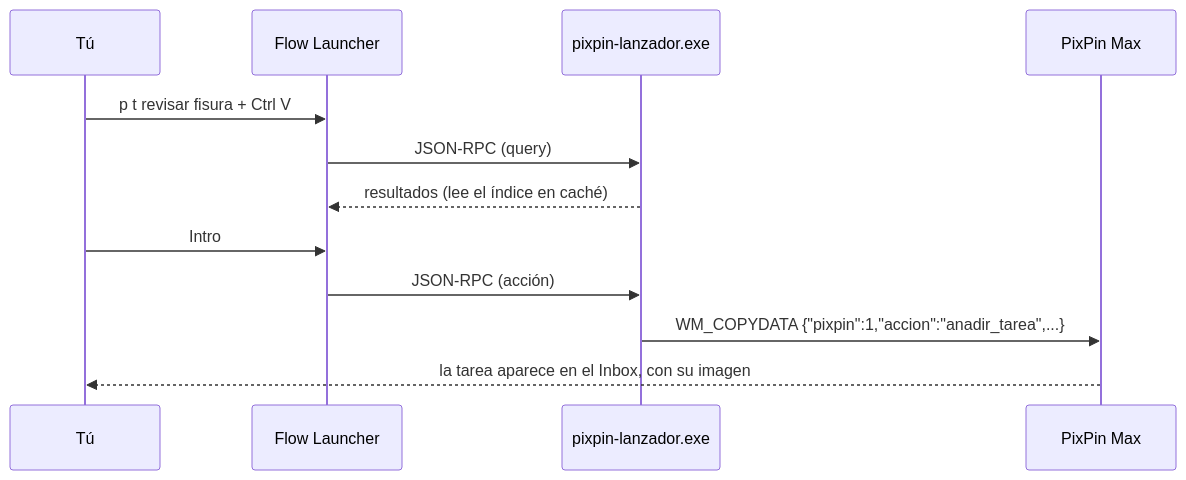
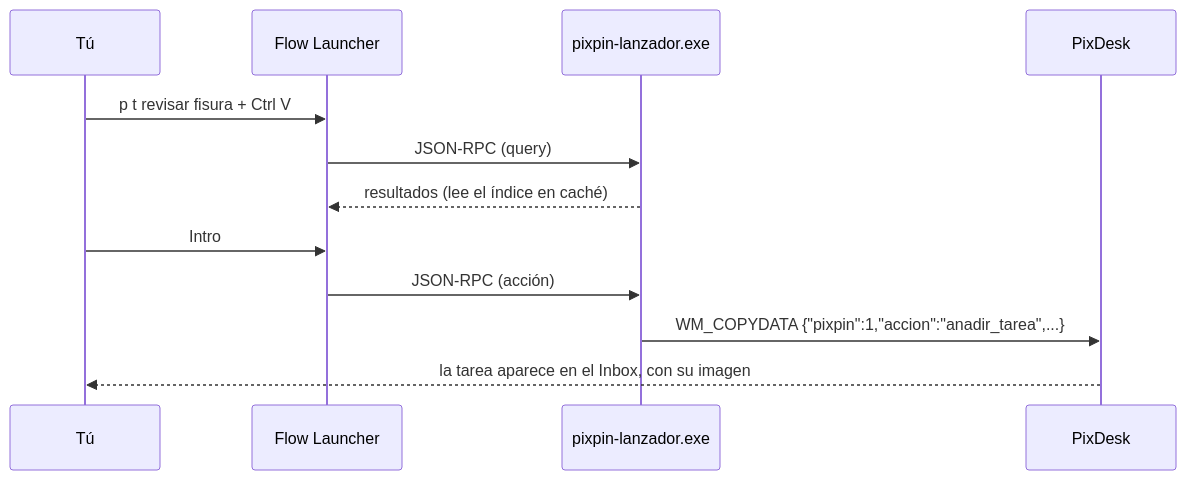
Before and after one commit to 1xmanMAX/PIXPIN_PRO_WINDOWS: the second of 4 diagrams in README.md, drawn with Mermaid. The commit also changed other lines of this file and 11 other files, not shown here.

First line of the commit message:
README y guias: PixDesk, pixdesk.exe y Programs\PixDesk

````diff
--- a/README.md
+++ b/README.md
@@ -593,14 +595,14 @@
 ```mermaid
 sequenceDiagram
     participant U as Tú
     participant F as Flow Launcher
     participant L as pixpin-lanzador.exe
-    participant P as PixPin Max
+    participant P as PixDesk
     U->>F: p t revisar fisura + Ctrl V
     F->>L: JSON-RPC (query)
     L-->>F: resultados (lee el índice en caché)
     U->>F: Intro
     F->>L: JSON-RPC (acción)
     L->>P: WM_COPYDATA {"pixpin":1,"accion":"anadir_tarea",...}
     P-->>U: la tarea aparece en el Inbox, con su imagen
 ```
````
